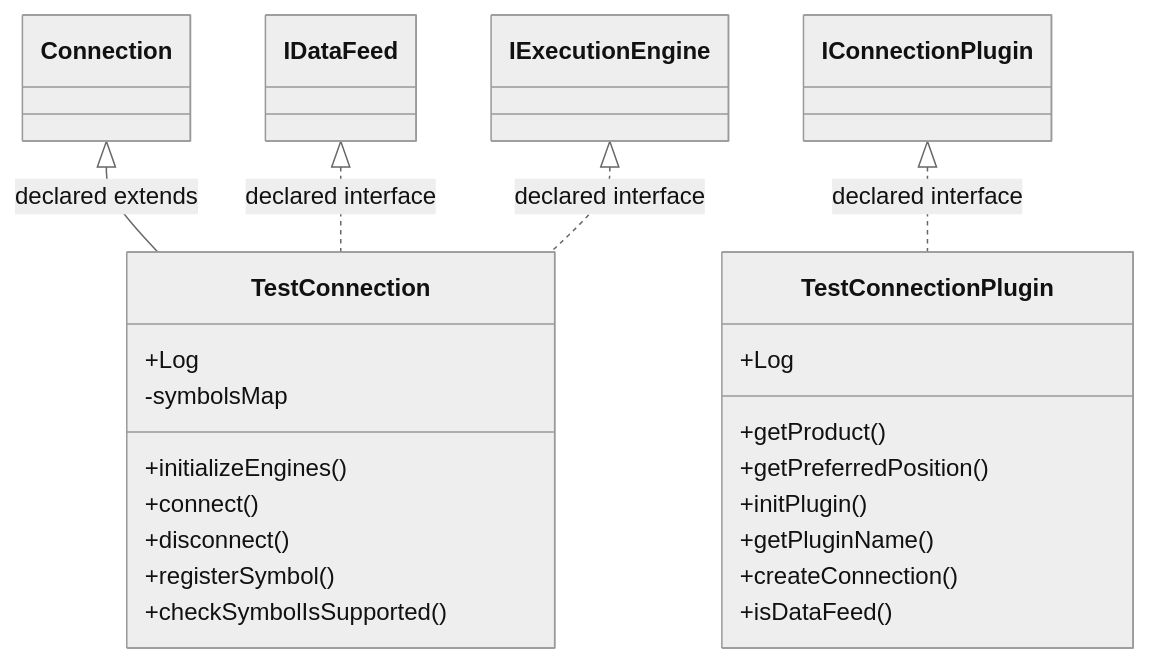
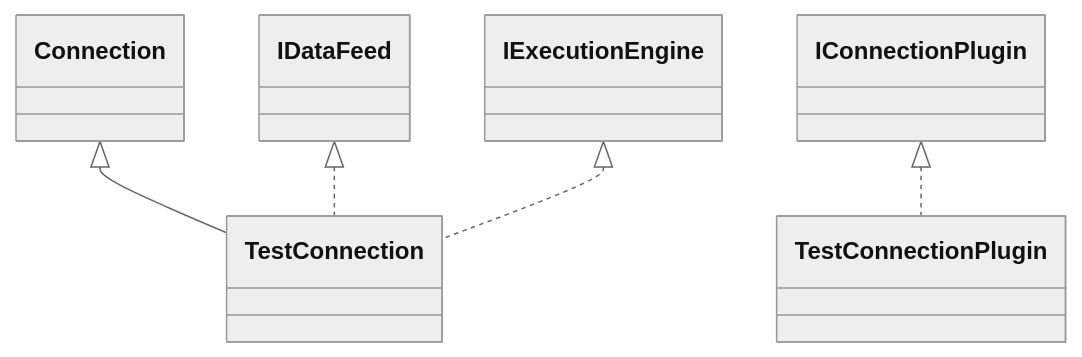
One commit to haruperi/HaruQuantAI changed the diagram in docs/sqx/Shared/ConnectionTest.md. Above: the diagram before and after it, drawn with Mermaid (neutral theme). The commit also changed other lines of this file and 1688 other files, not shown here.

````diff
--- a/docs/sqx/Shared/ConnectionTest.md
+++ b/docs/sqx/Shared/ConnectionTest.md
@@ -30,29 +26,13 @@
 ```mermaid
 classDiagram
-    class C06d0577675a2["TestConnection"] {
-        +Log
-        -symbolsMap
-        +initializeEngines()
-        +connect()
-        +disconnect()
-        +registerSymbol()
-        +checkSymbolIsSupported()
-    }
-    class C5e5b10bd51ef["TestConnectionPlugin"] {
-        +Log
-        +getProduct()
-        +getPreferredPosition()
-        +initPlugin()
-        +getPluginName()
-        +createConnection()
-        +isDataFeed()
-    }
-    class C58cb707ce0e7["Connection"]
-    class C5910a33a788a["IDataFeed"]
-    class Cb388a7528cc5["IExecutionEngine"]
-    class Cfedf35ca3c10["IConnectionPlugin"]
-    C58cb707ce0e7 <|-- C06d0577675a2 : declared extends
-    C5910a33a788a <|.. C06d0577675a2 : declared interface
-    Cb388a7528cc5 <|.. C06d0577675a2 : declared interface
-    Cfedf35ca3c10 <|.. C5e5b10bd51ef : declared interface
+    class C0["TestConnection"]
+    class C1["TestConnectionPlugin"]
+    class E0["Connection"]
+    E0 <|-- C0
+    class E1["IDataFeed"]
+    E1 <|.. C0
+    class E2["IExecutionEngine"]
+    E2 <|.. C0
+    class E3["IConnectionPlugin"]
+    E3 <|.. C1
 ```
````
